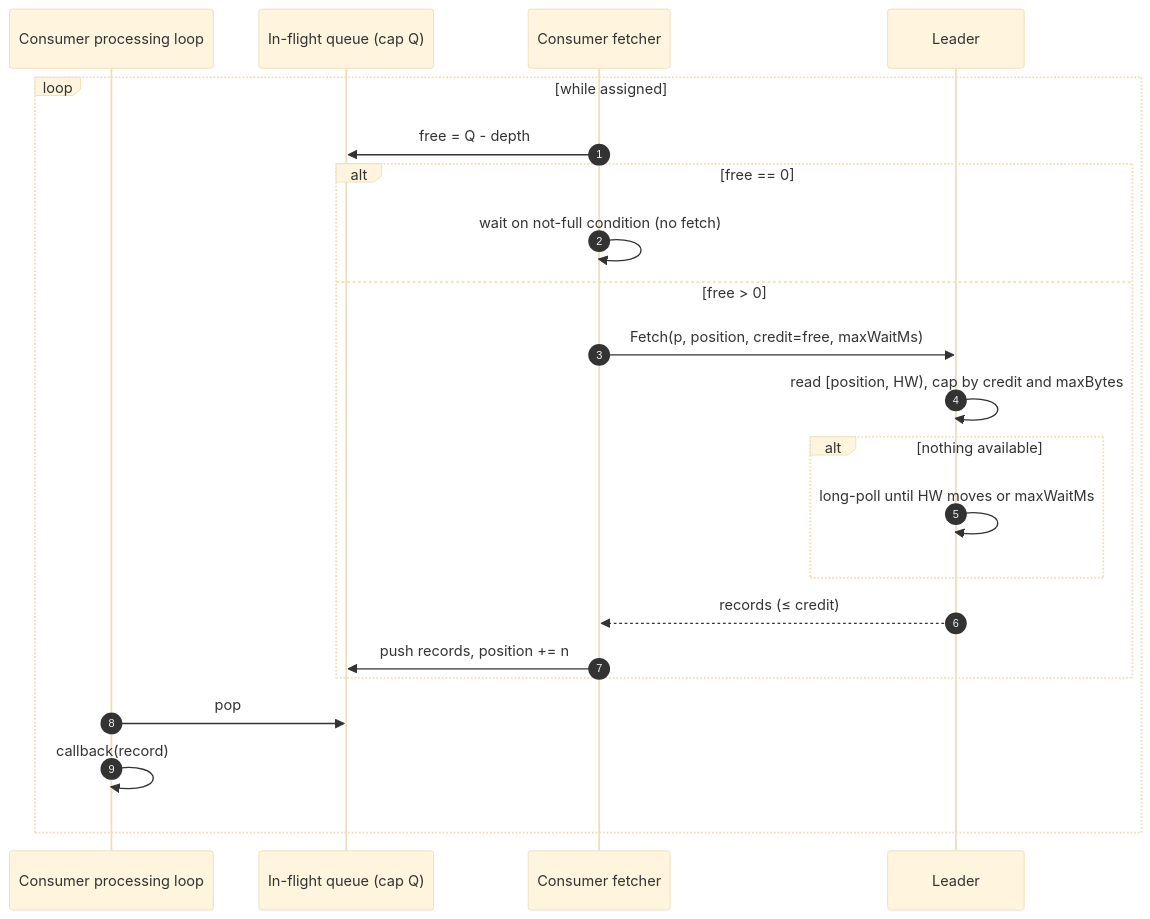
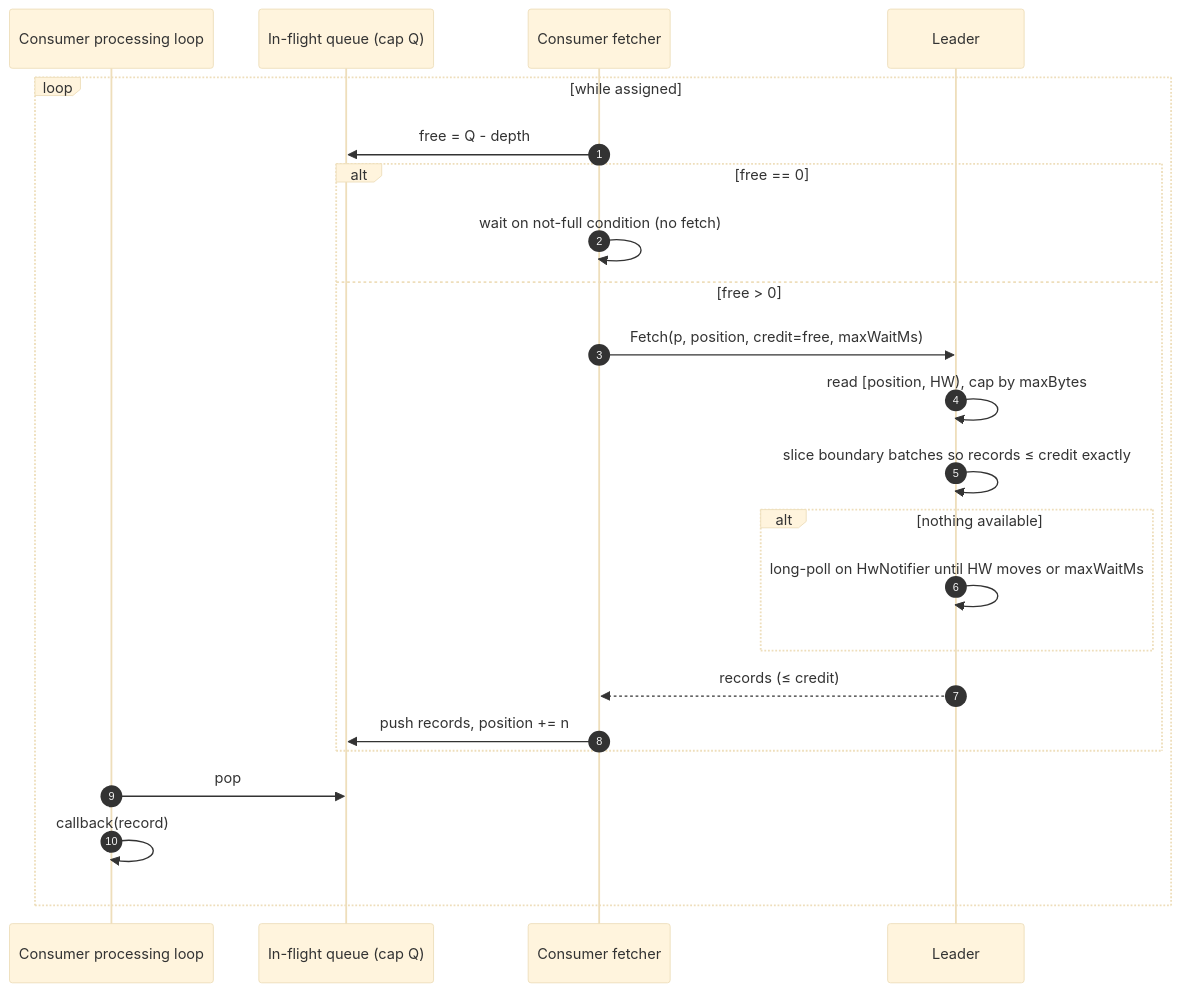
Before and after one commit to shubhamZXCV/kafka: diagram 11 of 24 in docs/high-level-design.md, drawn with Mermaid (base theme). The commit also changed other lines of this file and 4 other files, not shown here.

````diff
--- a/docs/high-level-design.md
+++ b/docs/high-level-design.md
@@ -615,25 +632,26 @@
 ```mermaid
 sequenceDiagram
     autonumber
     participant CP as Consumer processing loop
     participant Q as In-flight queue (cap Q)
     participant CF as Consumer fetcher
     participant L as Leader
 
     loop while assigned
         CF->>Q: free = Q - depth
         alt free == 0
             CF->>CF: wait on not-full condition (no fetch)
         else free > 0
             CF->>L: Fetch(p, position, credit=free, maxWaitMs)
-            L->>L: read [position, HW), cap by credit and maxBytes
+            L->>L: read [position, HW), cap by maxBytes
+            L->>L: slice boundary batches so records ≤ credit exactly
             alt nothing available
-                L->>L: long-poll until HW moves or maxWaitMs
+                L->>L: long-poll on HwNotifier until HW moves or maxWaitMs
             end
             L-->>CF: records (≤ credit)
             CF->>Q: push records, position += n
         end
         CP->>Q: pop
         CP->>CP: callback(record)
     end
 ```
````
